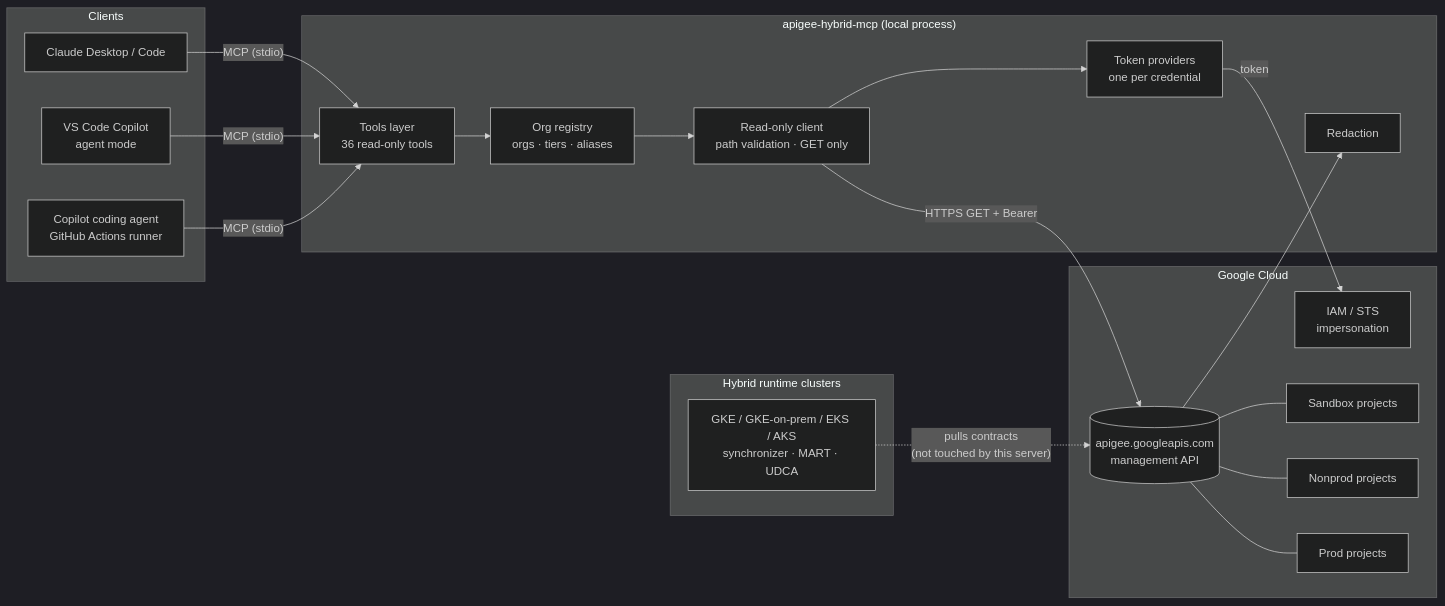
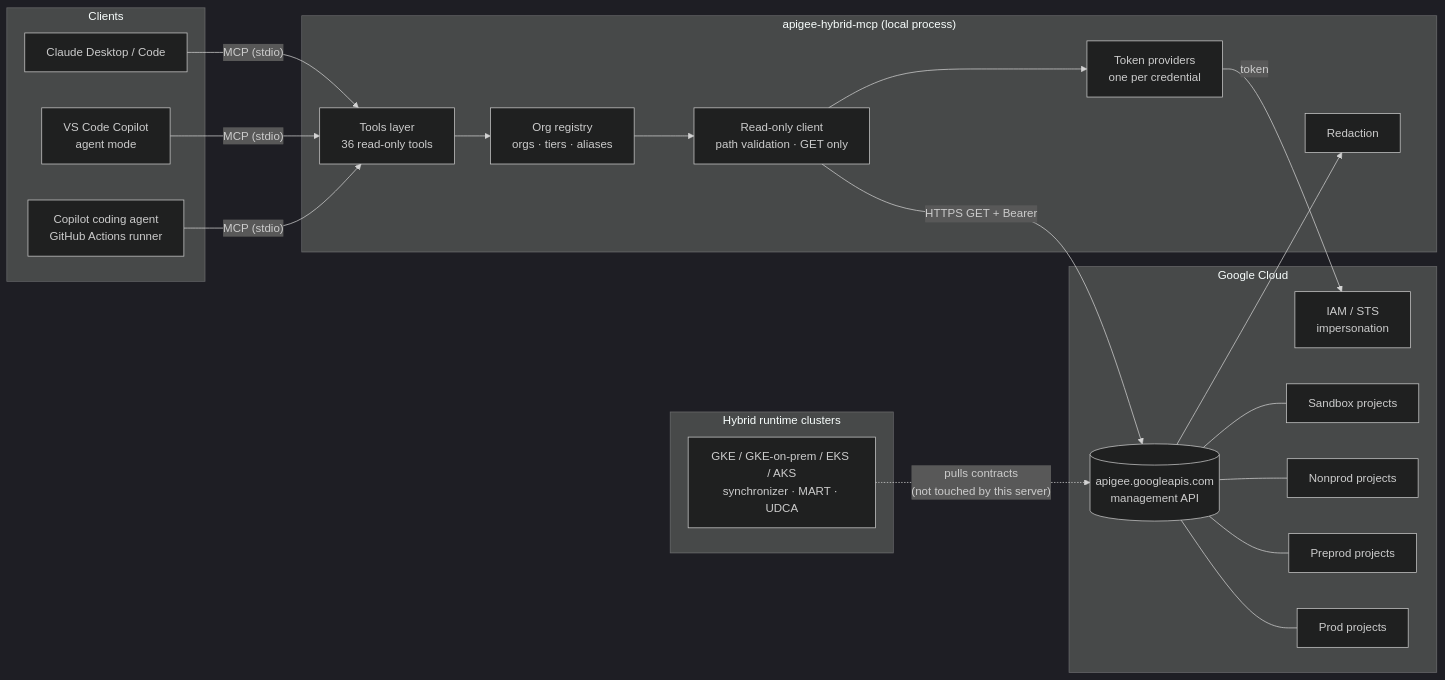
One commit to mintrin/apigee-hybrid-readonly-mcp changed the first of 4 diagrams in docs/design.md. Above: the diagram before and after it, drawn with Mermaid (dark theme). The commit also changed other lines of this file and 8 other files, not shown here.

````diff
--- a/docs/design.md
+++ b/docs/design.md
@@ -31,37 +31,38 @@
 ```mermaid
 flowchart LR
     subgraph Clients
         CD[Claude Desktop / Code]
         VS[VS Code Copilot<br/>agent mode]
         CA[Copilot coding agent<br/>GitHub Actions runner]
     end
 
     subgraph MCP["apigee-hybrid-mcp (local process)"]
         T[Tools layer<br/>36 read-only tools]
         R[Org registry<br/>orgs · tiers · aliases]
         C[Read-only client<br/>path validation · GET only]
         A[Token providers<br/>one per credential]
         X[Redaction]
     end
 
     subgraph GCP["Google Cloud"]
         API[(apigee.googleapis.com<br/>management API)]
         IAM[IAM / STS<br/>impersonation]
         P1[Sandbox projects]
         P2[Nonprod projects]
+        P4[Preprod projects]
         P3[Prod projects]
     end
 
     subgraph Runtime["Hybrid runtime clusters"]
         K1[GKE / GKE-on-prem / EKS / AKS<br/>synchronizer · MART · UDCA]
     end
 
     CD & VS & CA -- "MCP (stdio)" --> T
     T --> R --> C
     C --> A
     A -- "token" --> IAM
     C -- "HTTPS GET + Bearer" --> API
     API --> X
-    API --- P1 & P2 & P3
+    API --- P1 & P2 & P4 & P3
     K1 -. "pulls contracts<br/>(not touched by this server)" .-> API
 ```
````
